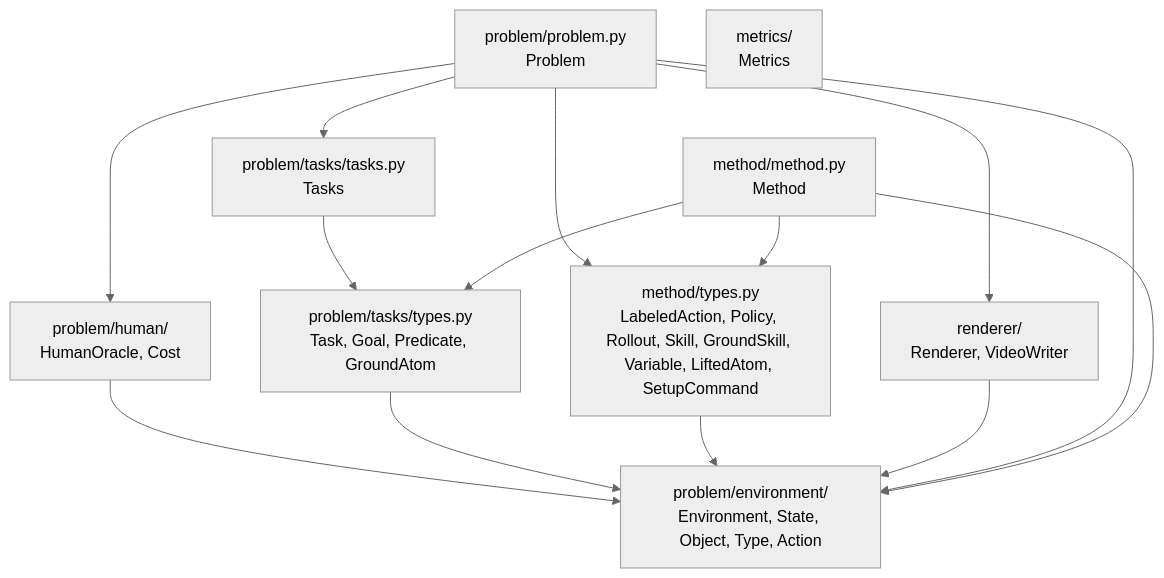
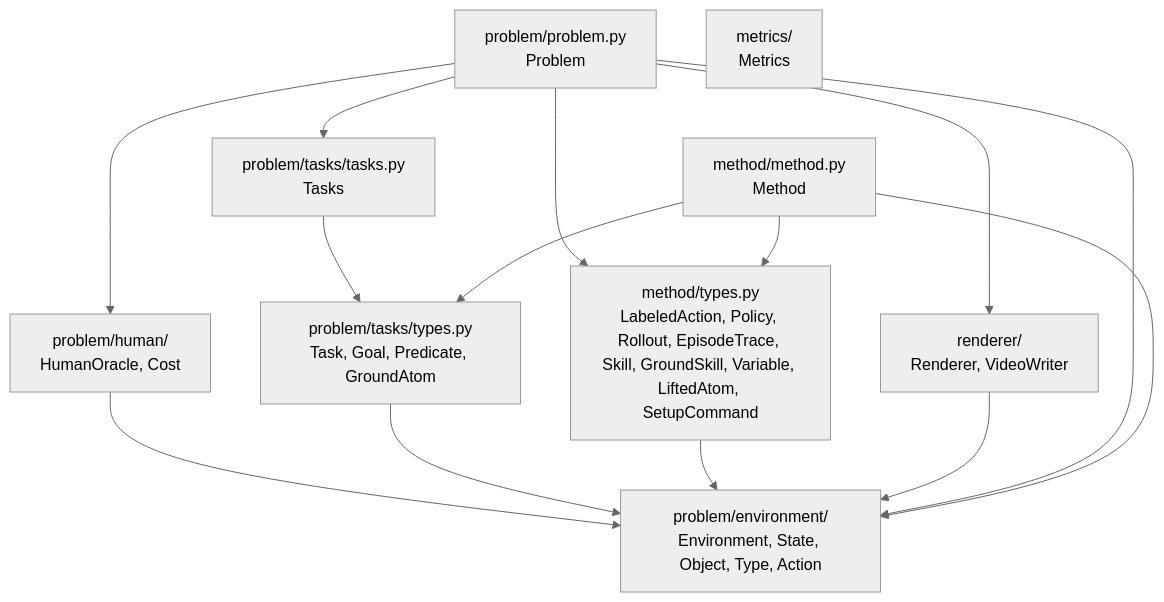
One commit to joshnroy/human-in-the-loop-practice-makes-perfect changed the second of 2 diagrams in src/hitl_pmp/core/README.md. Above: the diagram before and after it, drawn with Mermaid (neutral theme). The commit also changed other lines of this file and 22 other files, not shown here.

First line of the commit message:
Add --record-episode-traces: full per-step (state, action) trajectories for evaluation episodes

````diff
--- a/src/hitl_pmp/core/README.md
+++ b/src/hitl_pmp/core/README.md
@@ -400,26 +407,26 @@
 ```mermaid
 graph TD
     env["problem/environment/<br/>Environment, State, Object, Type, Action"]
     ho["problem/human/<br/>HumanOracle, Cost"]
     tasktypes["problem/tasks/types.py<br/>Task, Goal, Predicate, GroundAtom"]
     tasks["problem/tasks/tasks.py<br/>Tasks"]
-    mtypes["method/types.py<br/>LabeledAction, Policy, Rollout, Skill, GroundSkill, Variable, LiftedAtom, SetupCommand"]
+    mtypes["method/types.py<br/>LabeledAction, Policy, Rollout, EpisodeTrace, Skill, GroundSkill, Variable, LiftedAtom, SetupCommand"]
     renderer["renderer/<br/>Renderer, VideoWriter"]
     problem["problem/problem.py<br/>Problem"]
     method["method/method.py<br/>Method"]
     metrics["metrics/<br/>Metrics"]
 
     ho --> env
     tasktypes --> env
     tasks --> tasktypes
     mtypes --> env
     renderer --> env
     problem --> env
     problem --> ho
     problem --> tasks
     problem --> mtypes
     problem --> renderer
     method --> env
     method --> mtypes
     method --> tasktypes
 ```
````
